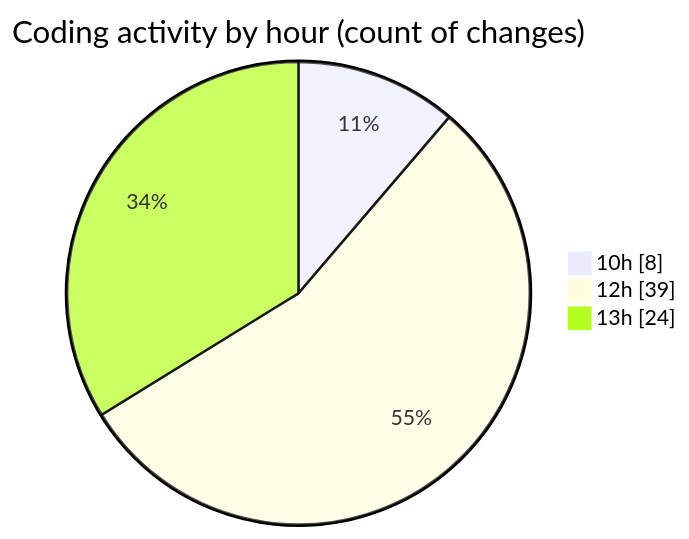
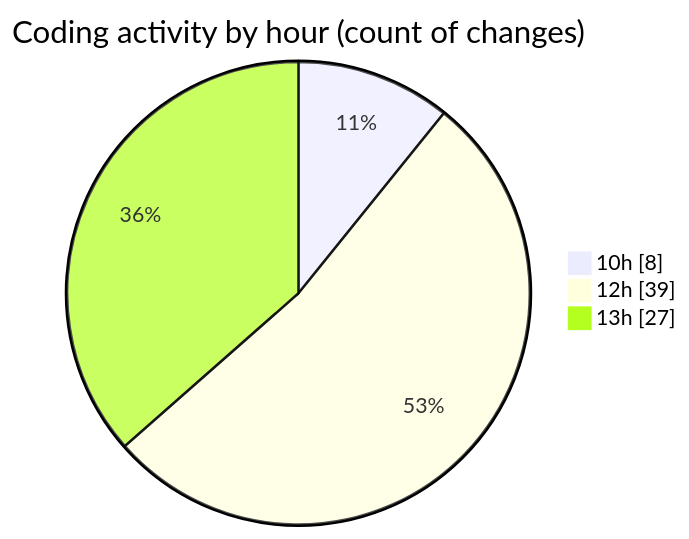
One commit to momahboobian/code-tracking changed the second of 2 diagrams in 2025-05-02/cda/README.md. Above: the diagram before and after it, drawn with Mermaid. The commit also changed other lines of this file and 1 other file, not shown here.

````diff
--- a/2025-05-02/cda/README.md
+++ b/2025-05-02/cda/README.md
@@ -39,7 +39,7 @@
 ```mermaid
 pie showData
 title Coding activity by hour (count of changes)
 "10h" : 8
 "12h" : 39
-"13h" : 24
+"13h" : 27
 ```
````
